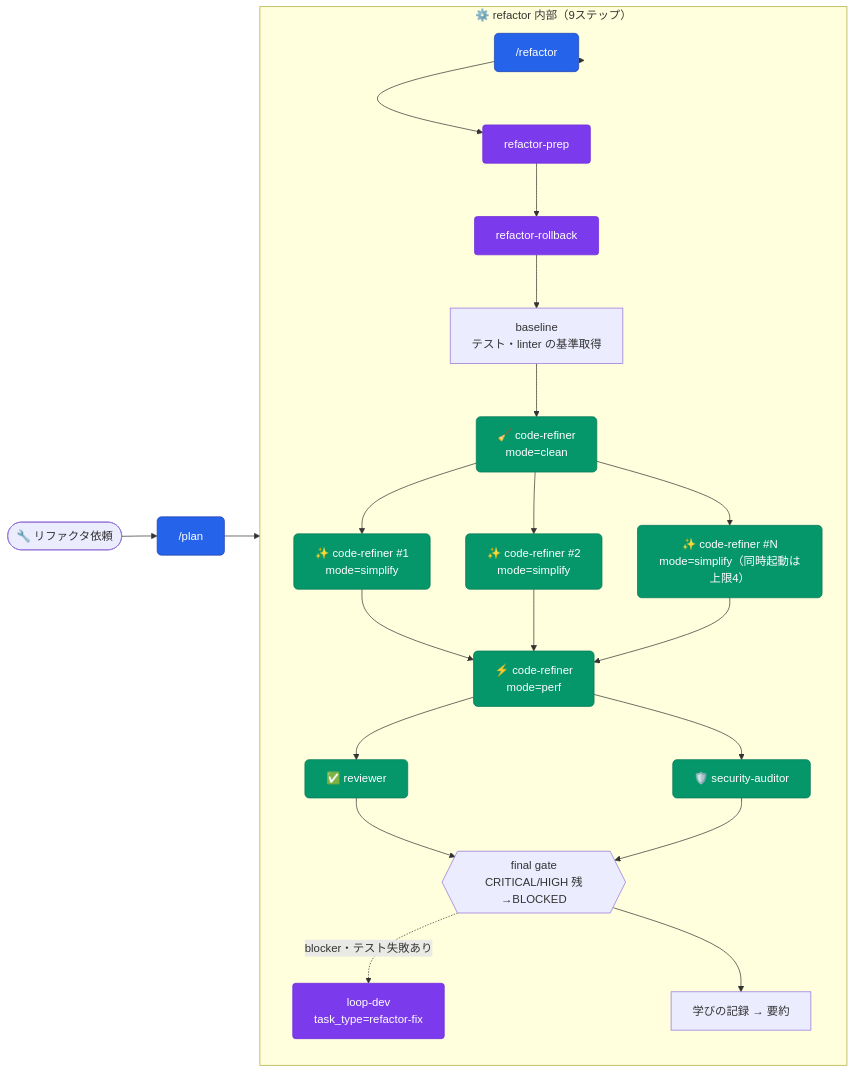
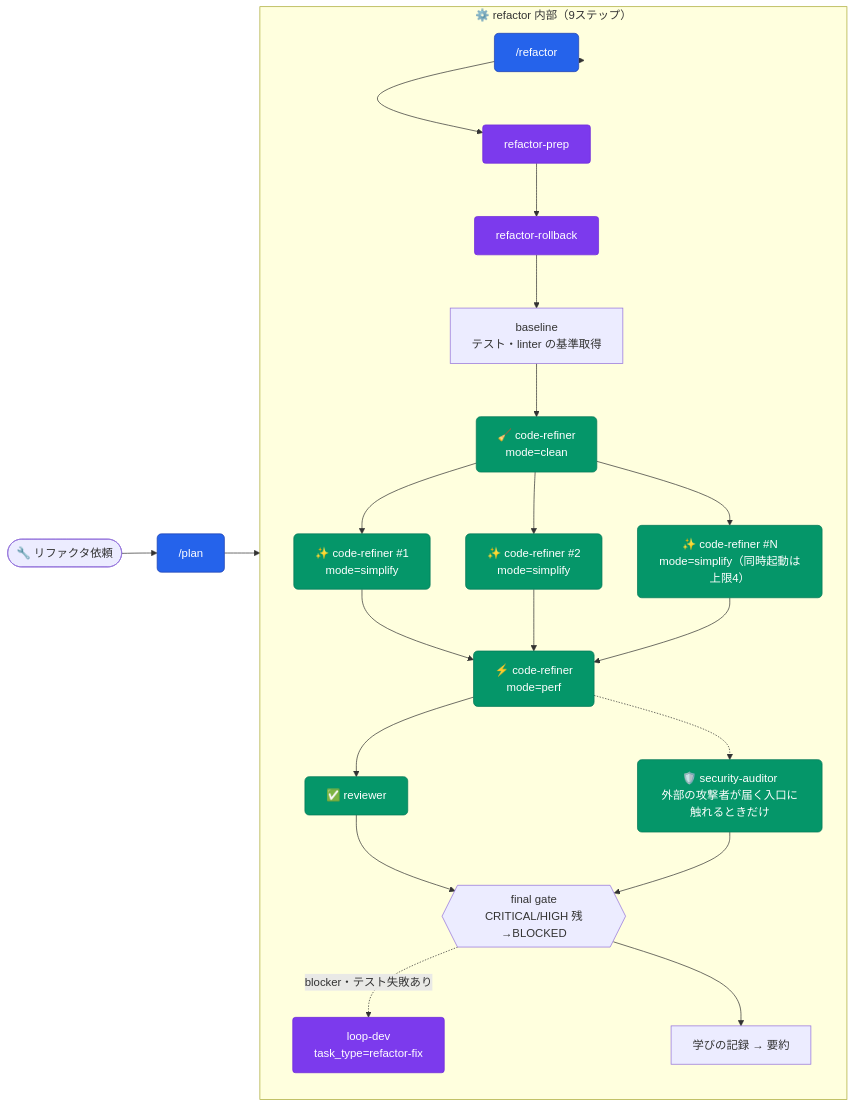
The third of 20 diagrams in README.md (aokumablue/claq), drawn with Mermaid before and after one commit. The commit also changed other lines of this file and 4 other files, not shown here.

Commit message:
refactor(defs): security-auditor の起動を /review・/refactor・maintain でも入口に触れる変更だけにする

````diff
--- a/README.md
+++ b/README.md
@@ -255,28 +255,28 @@
 ```mermaid
 flowchart LR
   classDef cmd    fill:#2563eb,stroke:#1e40af,color:#fff,rx:6
   classDef agent  fill:#059669,stroke:#047857,color:#fff,rx:6
   classDef skill  fill:#7c3aed,stroke:#6d28d9,color:#fff,rx:4
 
   U(["🔧 リファクタ依頼"]) --> CP["/plan"]:::cmd
   CP --> CREF["/refactor"]:::cmd
 
   subgraph refactor["⚙️ refactor 内部（9ステップ）"]
     direction TB
     CREF --> SP["refactor-prep"]:::skill
     SP --> RB["refactor-rollback"]:::skill
     RB --> BASE["baseline<br/>テスト・linter の基準取得"]
     BASE --> AC["🧹 code-refiner<br/>mode=clean"]:::agent
     AC --> ASI1["✨ code-refiner #1<br/>mode=simplify"]:::agent
     AC --> ASI2["✨ code-refiner #2<br/>mode=simplify"]:::agent
     AC --> ASI3["✨ code-refiner #N<br/>mode=simplify（同時起動は上限4）"]:::agent
     ASI1 & ASI2 & ASI3 --> AP["⚡ code-refiner<br/>mode=perf"]:::agent
     AP --> AR["✅ reviewer"]:::agent
-    AP --> AS["🛡️ security-auditor"]:::agent
+    AP -.-> AS["🛡️ security-auditor<br/>外部の攻撃者が届く入口に触れるときだけ"]:::agent
     AR & AS --> GATE{{"final gate<br/>CRITICAL/HIGH 残→BLOCKED"}}
     GATE -.->|"blocker・テスト失敗あり"| LD["loop-dev<br/>task_type=refactor-fix"]:::skill
     GATE --> LEARN["学びの記録 → 要約"]
   end
 
   CREF --> refactor
 ```
````
